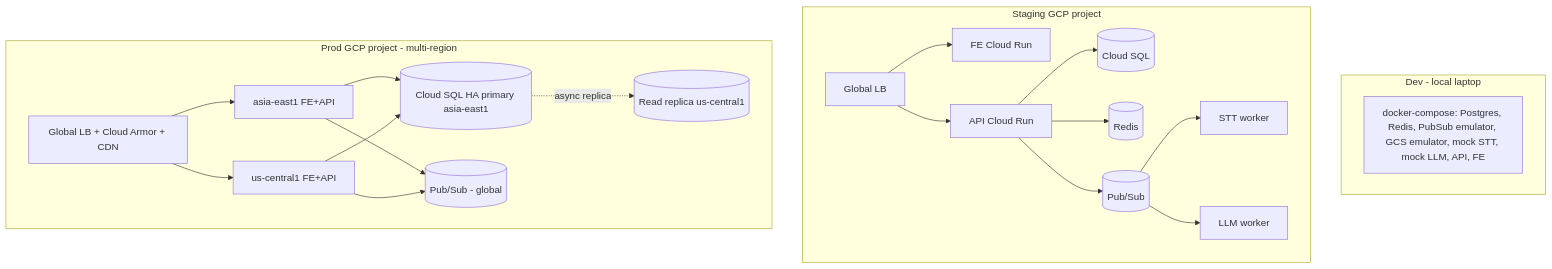
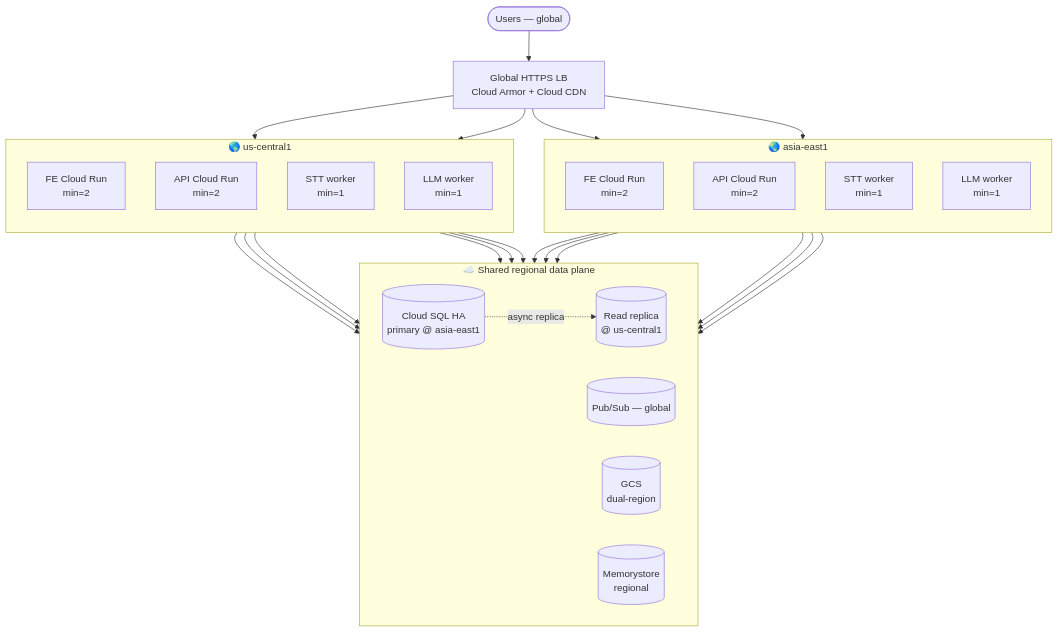
One commit to jongos-lst/AI-STT-Infra changed the seventh of 8 diagrams in ARCHITECTURE.md. Above: the diagram before and after it, drawn with Mermaid. The commit also changed other lines of this file, not shown here.

First line of the commit message:
docs: redraw ARCHITECTURE.md diagrams for readability

````diff
--- a/ARCHITECTURE.md
+++ b/ARCHITECTURE.md
@@ -255,23 +346,42 @@
 ```mermaid
 flowchart TB
-  subgraph Dev[Dev - local laptop]
-    DC[docker-compose: Postgres, Redis, PubSub emulator, GCS emulator, mock STT, mock LLM, API, FE]
+  U([Users — global])
+  LB["Global HTTPS LB<br/>Cloud Armor + Cloud CDN"]
+  U --> LB
+
+  subgraph RegionA["🌏 asia-east1"]
+    direction TB
+    FE_A[FE Cloud Run<br/>min=2]
+    API_A[API Cloud Run<br/>min=2]
+    STT_A[STT worker<br/>min=1]
+    LLM_A[LLM worker<br/>min=1]
   end
 
-  subgraph Stg[Staging GCP project]
-    Stg_LB[Global LB] --> Stg_FE[FE Cloud Run] & Stg_API[API Cloud Run]
-    Stg_API --> Stg_PG[(Cloud SQL)] & Stg_RC[(Redis)] & Stg_PS[(Pub/Sub)]
-    Stg_PS --> Stg_STT[STT worker] & Stg_LLM[LLM worker]
+  subgraph RegionB["🌎 us-central1"]
+    direction TB
+    FE_B[FE Cloud Run<br/>min=2]
+    API_B[API Cloud Run<br/>min=2]
+    STT_B[STT worker<br/>min=1]
+    LLM_B[LLM worker<br/>min=1]
   end
 
-  subgraph Prod[Prod GCP project - multi-region]
-    Prod_LB[Global LB + Cloud Armor + CDN]
-    Prod_LB --> Prod_AE[asia-east1 FE+API]
-    Prod_LB --> Prod_US[us-central1 FE+API]
-    Prod_AE --> Prod_PG[(Cloud SQL HA primary asia-east1)]
-    Prod_US --> Prod_PG
-    Prod_PG -. async replica .-> Prod_PG_R[(Read replica us-central1)]
-    Prod_AE --> Prod_PS[(Pub/Sub - global)]
-    Prod_US --> Prod_PS
+  LB --> FE_A & API_A
+  LB --> FE_B & API_B
+
+  subgraph Shared["☁️ Shared regional data plane"]
+    direction LR
+    PG_P[(Cloud SQL HA<br/>primary @ asia-east1)]
+    PG_R[(Read replica<br/>@ us-central1)]
+    PS[(Pub/Sub — global)]
+    GCS[(GCS<br/>dual-region)]
+    RC[(Memorystore<br/>regional)]
+    PG_P -. async replica .-> PG_R
   end
+
+  API_A --> PG_P & RC & GCS & PS
+  API_B --> PG_R & RC & GCS & PS
+  STT_A --> PS
+  STT_B --> PS
+  LLM_A --> PS
+  LLM_B --> PS
 ```
````
